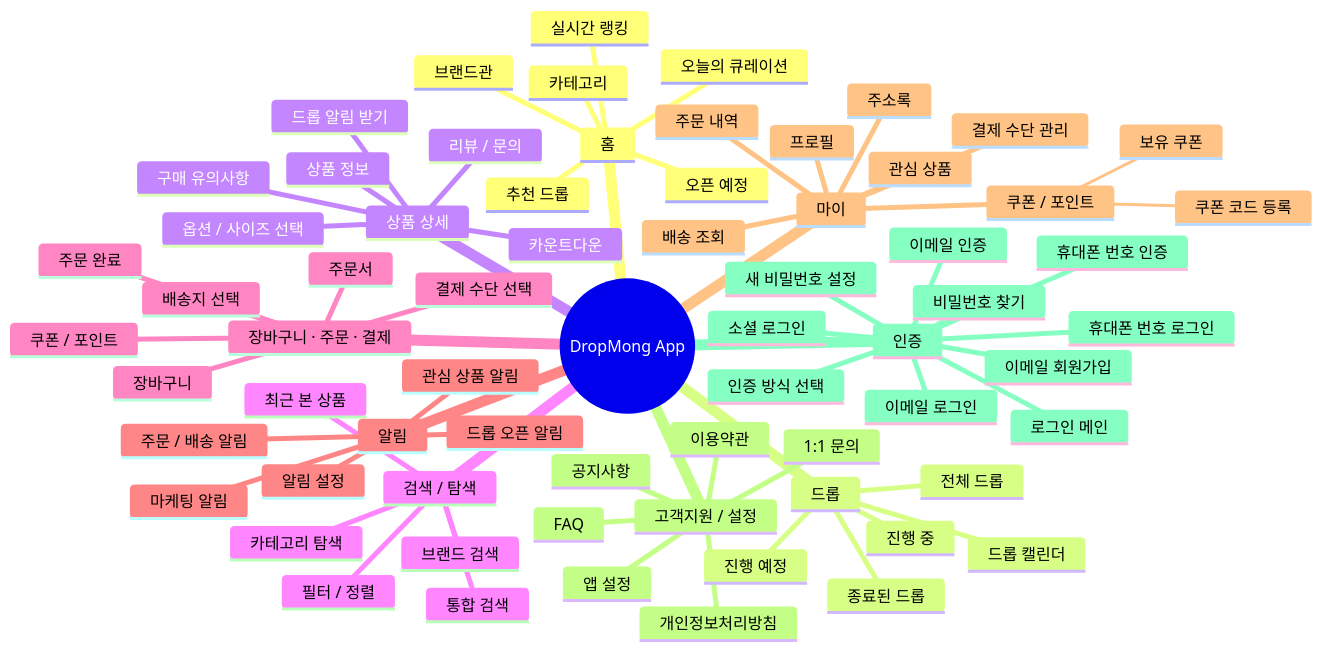
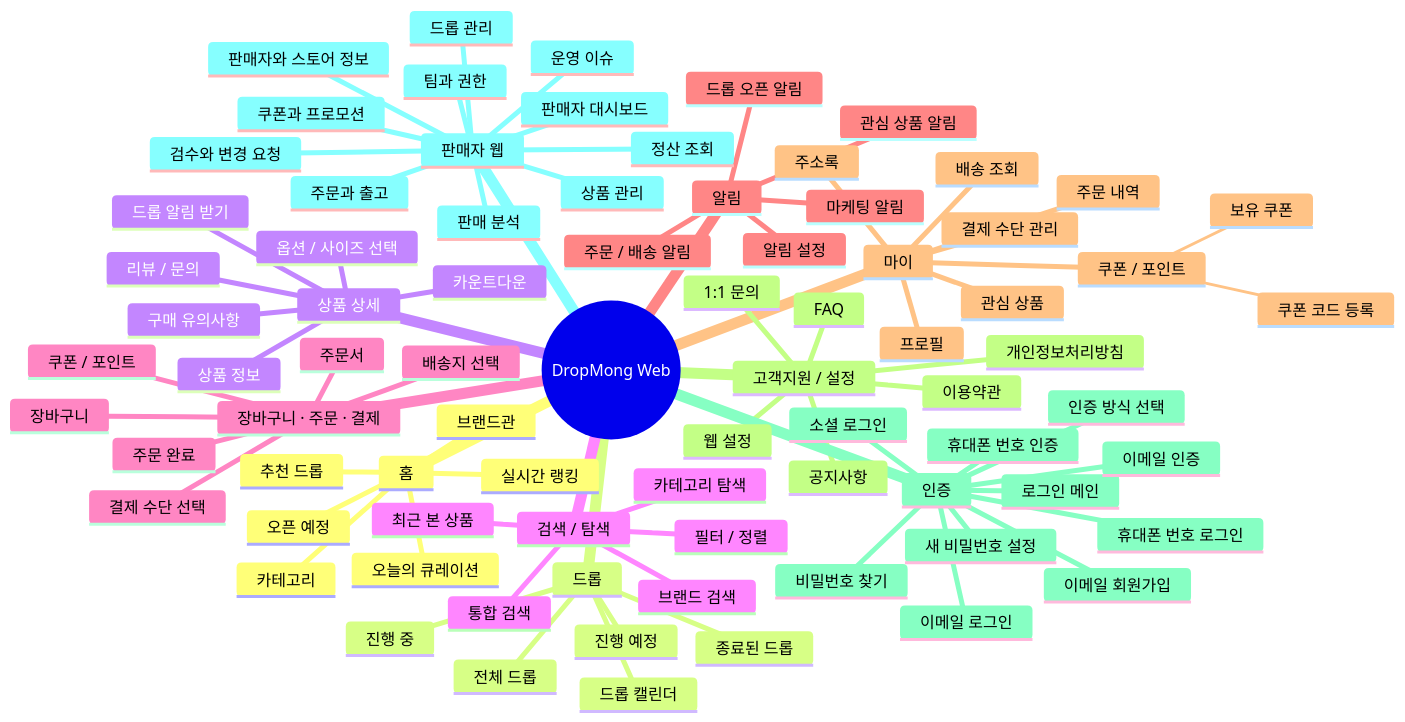
The diagram in blueprint/10-sitemap/README.md (Medikong/archive), drawn with Mermaid before and after one commit. The commit also changed other lines of this file and 89 other files, not shown here.

````diff
--- a/blueprint/10-sitemap/README.md
+++ b/blueprint/10-sitemap/README.md
@@ -30,6 +36,6 @@
 ```mermaid
 mindmap
-  root((DropMong App))
+  root((DropMong Web))
     홈
       추천 드롭
       오픈 예정
@@ -85,7 +91,7 @@
       1:1 문의
       이용약관
       개인정보처리방침
-      앱 설정
+      웹 설정
     인증
       로그인 메인
       이메일 로그인
@@ -97,4 +103,16 @@
       새 비밀번호 설정
       휴대폰 번호 로그인
       소셜 로그인
+    판매자 웹
+      판매자 대시보드
+      드롭 관리
+      상품 관리
+      검수와 변경 요청
+      주문과 출고
+      쿠폰과 프로모션
+      판매 분석
+      정산 조회
+      판매자와 스토어 정보
+      팀과 권한
+      운영 이슈
 ```
````
